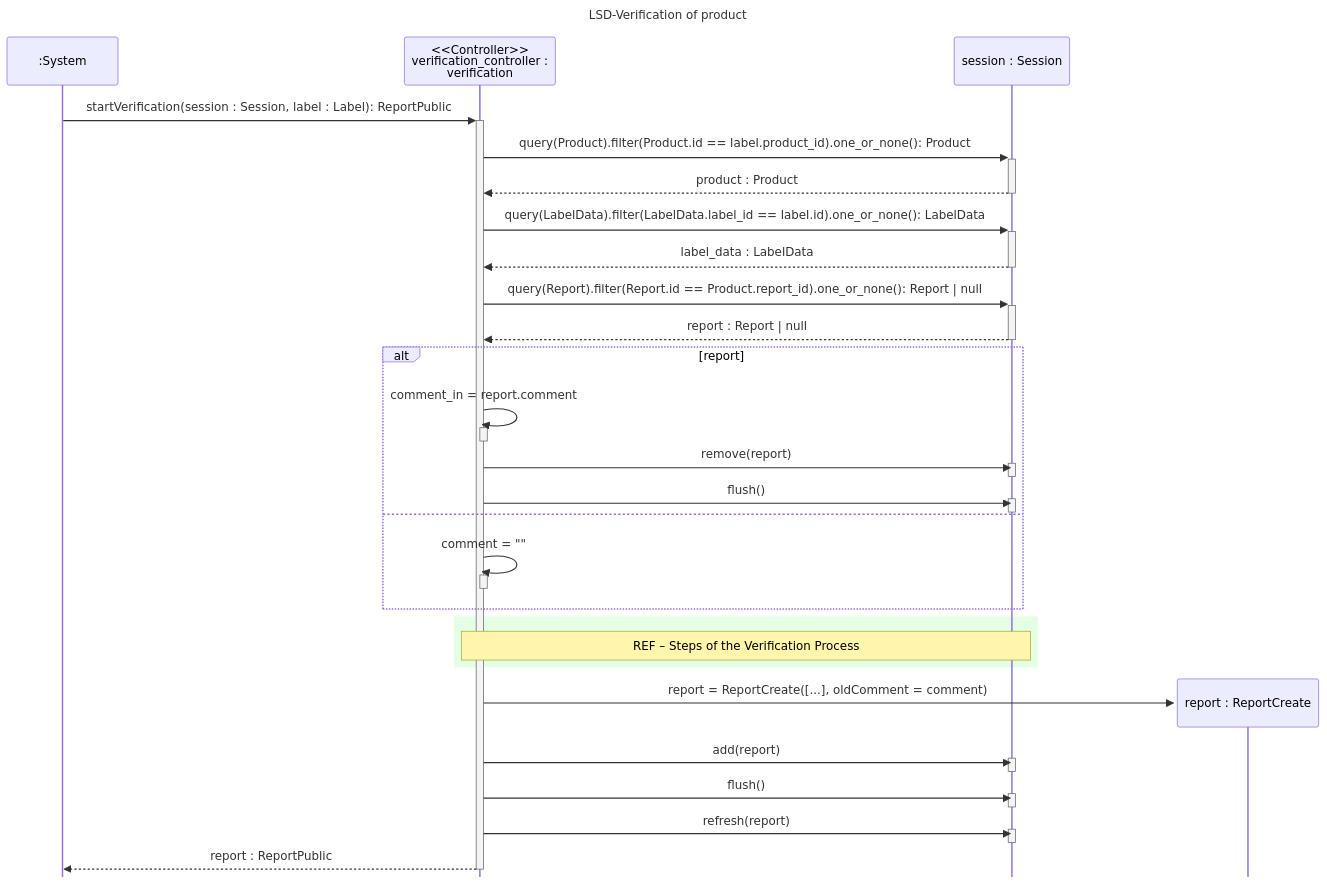
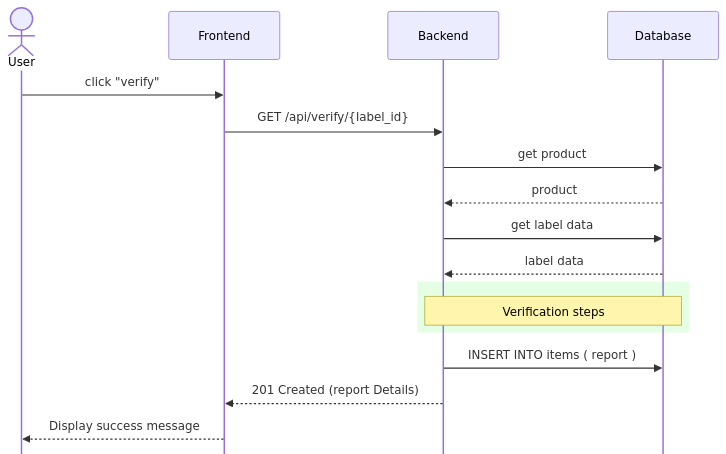
Before and after one commit to ai-cfia/fertiscan: the diagram in docs/compliance/design.md, drawn with Mermaid. The commit also changed 1 other file, not shown here.

Commit message:
more human interaction design for general verification and lot_number verification

````diff
--- a/docs/compliance/design.md
+++ b/docs/compliance/design.md
@@ -3,68 +3,26 @@
 ```mermaid
 %%{init: { "sequence": { "mirrorActors": false } }}%%
 sequenceDiagram
-    title LSD-Verification of product
+    actor usr as User
+    participant fe as Frontend
+    participant be as Backend
+    participant db as Database
 
-    participant sys as :System
-    participant ver as <<Controller>><br>verification_controller : <br> verification
-    participant db as session : Session
+    usr ->> fe : click "verify"
+    fe ->> be : GET /api/verify/{label_id}
 
+    be ->> db : get product
+    db -->> be : product
+    be ->> db : get label data
+    db -->> be: label data
 
-    sys ->>+ ver : startVerification(session : Session, label : Label): ReportPublic
-
-    ver ->>+ db : query(Product).filter(Product.id == label.product_id).one_or_none(): Product
-
-    db -->>- ver : product : Product
-
-    ver ->>+ db : query(LabelData).filter(LabelData.label_id == label.id).one_or_none(): LabelData
-
-    db -->>- ver: label_data : LabelData
-
-    ver ->>+ db: query(Report).filter(Report.id == Product.report_id).one_or_none(): Report | null
-
-    db -->>- ver: report : Report | null
-
-    alt report
-        ver ->> ver: comment_in = report.comment
-        activate ver
-        deactivate ver
-
-        ver ->> db : remove(report)
-        activate db
-        deactivate db
-
-        ver ->> db : flush()
-        activate db
-        deactivate db
-
-    else
-        ver ->> ver: comment = ""
-        activate ver
-        deactivate ver
-
+    rect rgba(0,250,0,0.1)
+        note over be,db: Verification steps
     end
 
+    be ->> db : INSERT INTO items ( report )
 
-    rect rgba(0,250,0,0.1)
-        note over ver,db: REF – Steps of the Verification Process
-    end
+    be -->> fe: 201 Created (report Details)
 
-
-    create participant sch as report : ReportCreate
-    ver ->> sch: report = ReportCreate([...], oldComment = comment)
-
-    ver ->> db: add(report)
-    activate db
-    deactivate db
-
-    ver ->> db: flush()
-    activate db
-    deactivate db
-
-    ver ->> db: refresh(report)
-    activate db
-    deactivate db
-
-    ver -->>-sys: report : ReportPublic
-
+    fe -->> usr: Display success message
 ```
````
